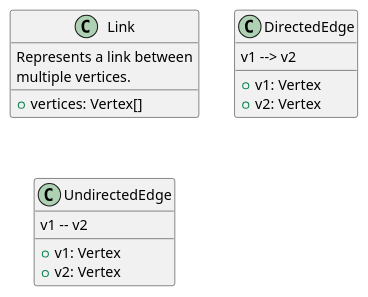
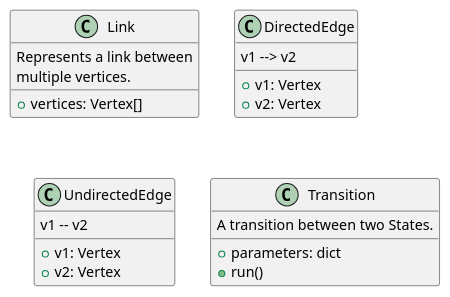
The diagram in docs/img/links.iuml (mishaturnbull/edgegraph), drawn with PlantUML before and after one commit. The commit also changed 4 other files, not shown here.

Commit message:
Updates to planned class diagram

```diff
--- a/docs/img/links.iuml
+++ b/docs/img/links.iuml
@@ -1,24 +1,31 @@
 @startuml
 
 class Link {
     Represents a link between
     multiple vertices.
     __
     {field} +vertices: Vertex[]
 }
 
 class DirectedEdge {
     v1 --> v2
     __
     {field} +v1: Vertex
     {field} +v2: Vertex
 }
 
 class UndirectedEdge {
     v1 -- v2
     __
     {field} +v1: Vertex
     {field} +v2: Vertex
 }
 
+class Transition {
+    A transition between two States.
+    __
+    {field} +parameters: dict
+    {method} +run()
+}
+
 @enduml
```
